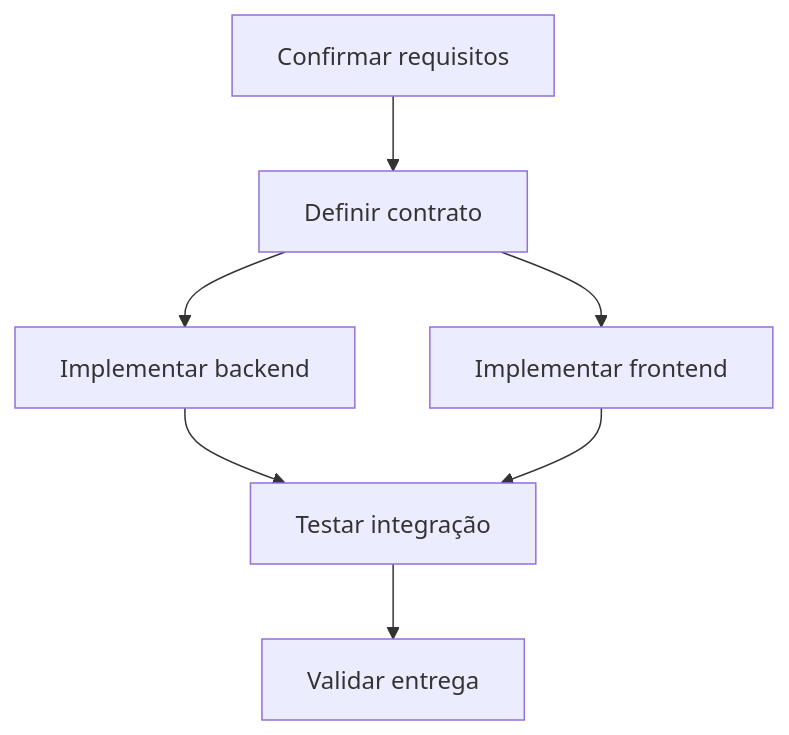
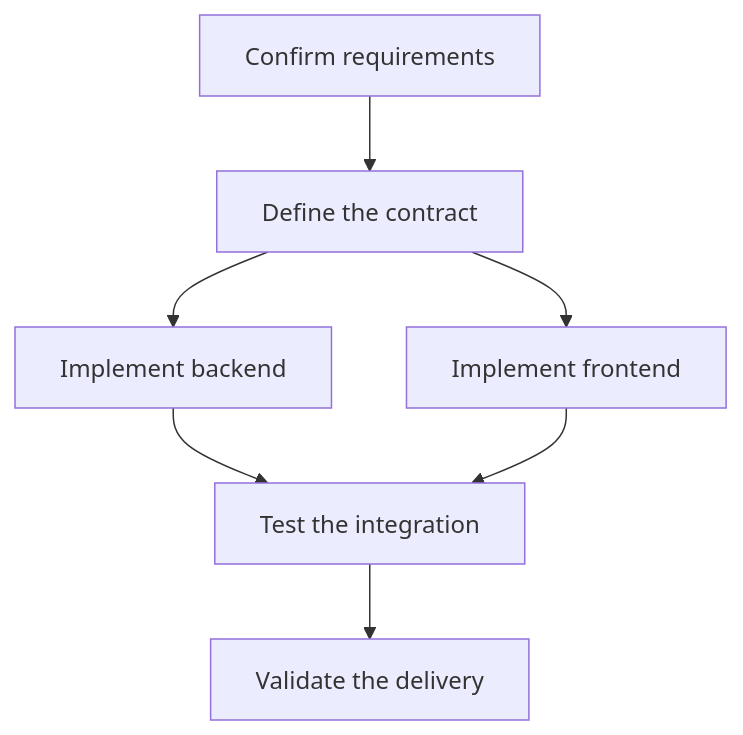
Before and after one commit to rpelizza/PelizzAI: the third of 6 diagrams in .claude/skills/pelizzai-reasoning/techniques/structured-decomposition.md, drawn with Mermaid. The commit also changed other lines of this file and 362 other files, not shown here.

````diff
--- a/.claude/skills/pelizzai-reasoning/techniques/structured-decomposition.md
+++ b/.claude/skills/pelizzai-reasoning/techniques/structured-decomposition.md
@@ -443,9 +443,9 @@
 ```mermaid
 flowchart TD
-    A[Confirmar requisitos] --> B[Definir contrato]
-    B --> C[Implementar backend]
-    B --> D[Implementar frontend]
-    C --> E[Testar integração]
+    A[Confirm requirements] --> B[Define the contract]
+    B --> C[Implement backend]
+    B --> D[Implement frontend]
+    C --> E[Test the integration]
     D --> E
-    E --> F[Validar entrega]
+    E --> F[Validate the delivery]
 ```
````
